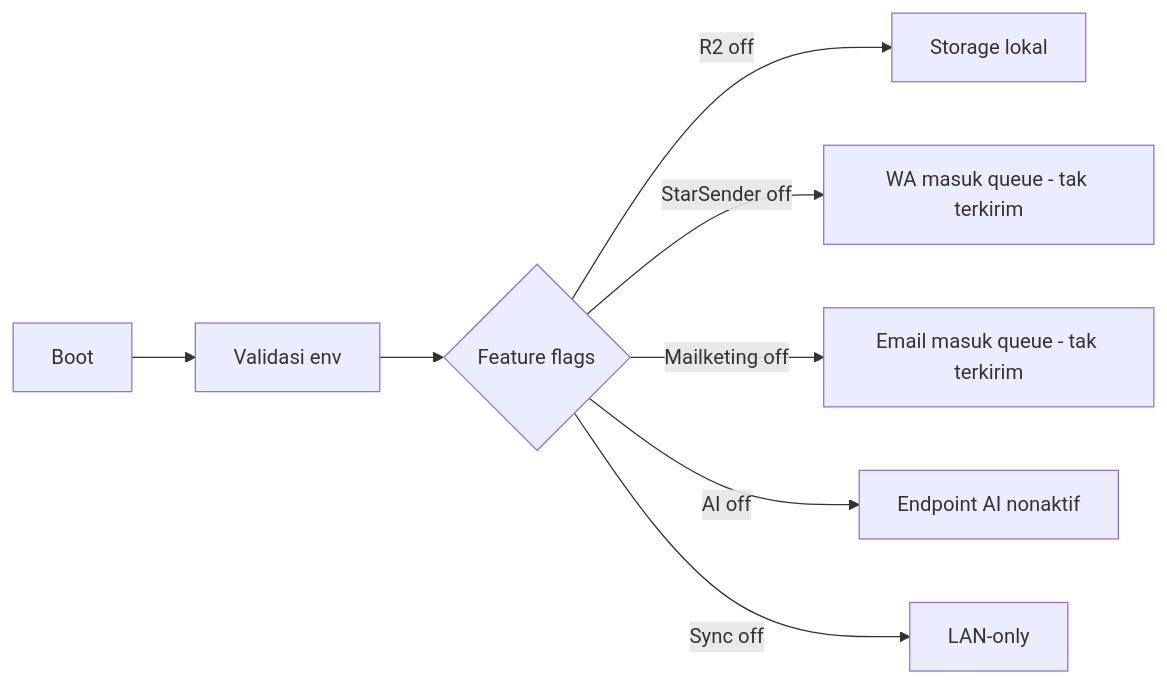
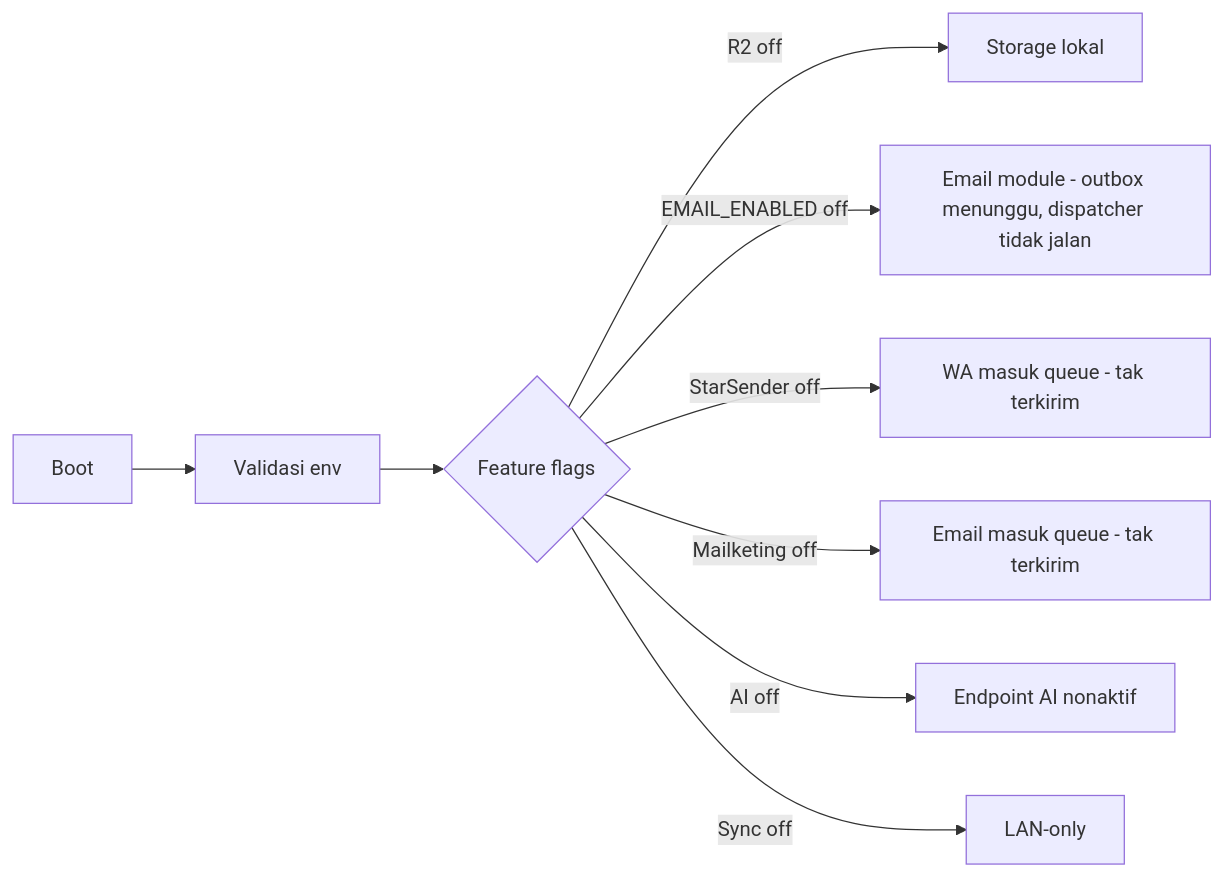
One commit to ahliweb/awcms-mini changed the second of 3 diagrams in docs/awcms-mini/18_configuration_env_reference.md. Above: the diagram before and after it, drawn with Mermaid. The commit also changed other lines of this file and 10 other files, not shown here.

First line of the commit message:
feat(email): define provider-neutral email module architecture and Mailketing config boundary (#493)

````diff
--- a/docs/awcms-mini/18_configuration_env_reference.md
+++ b/docs/awcms-mini/18_configuration_env_reference.md
@@ -117,10 +139,11 @@
 ```mermaid
 flowchart LR
   Boot[Boot] --> Val[Validasi env]
   Val --> Flags{Feature flags}
   Flags -->|R2 off| L[Storage lokal]
+  Flags -->|EMAIL_ENABLED off| Q0[Email module - outbox menunggu, dispatcher tidak jalan]
   Flags -->|StarSender off| Q1[WA masuk queue - tak terkirim]
   Flags -->|Mailketing off| Q2[Email masuk queue - tak terkirim]
   Flags -->|AI off| NoAi[Endpoint AI nonaktif]
   Flags -->|Sync off| LanOnly[LAN-only]
 ```
````
